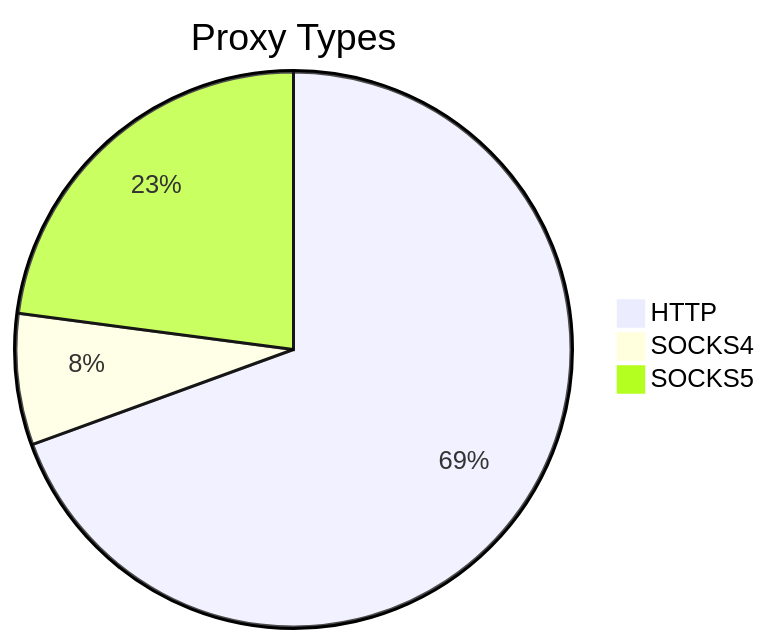
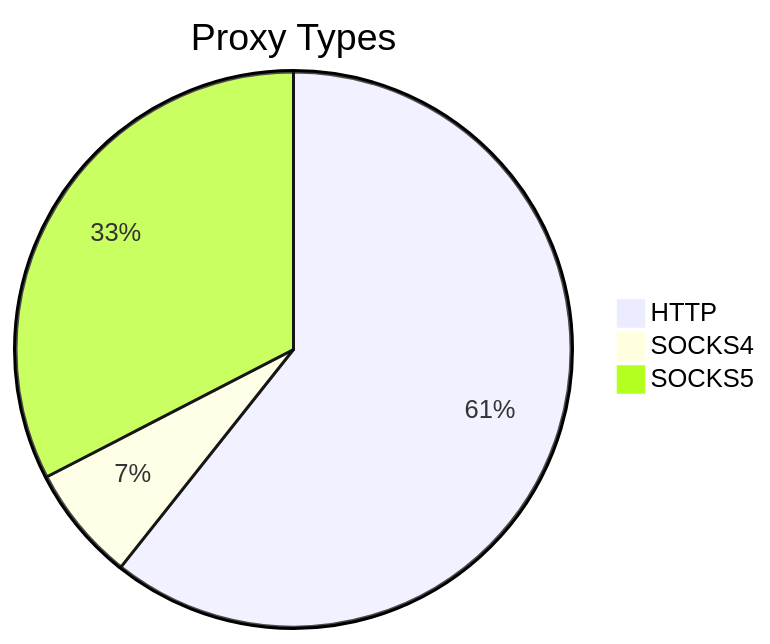
One commit to stormsia/proxy-list changed the first of 2 diagrams in README.md. Above: the diagram before and after it, drawn with Mermaid. The commit also changed other lines of this file, not shown here.

````diff
--- a/README.md
+++ b/README.md
@@ -21,6 +21,6 @@
 ```mermaid
 pie title Proxy Types
-    "HTTP" : 100
-    "SOCKS4" : 11
-    "SOCKS5" : 33
+    "HTTP" : 108
+    "SOCKS4" : 12
+    "SOCKS5" : 58
 ```
````
